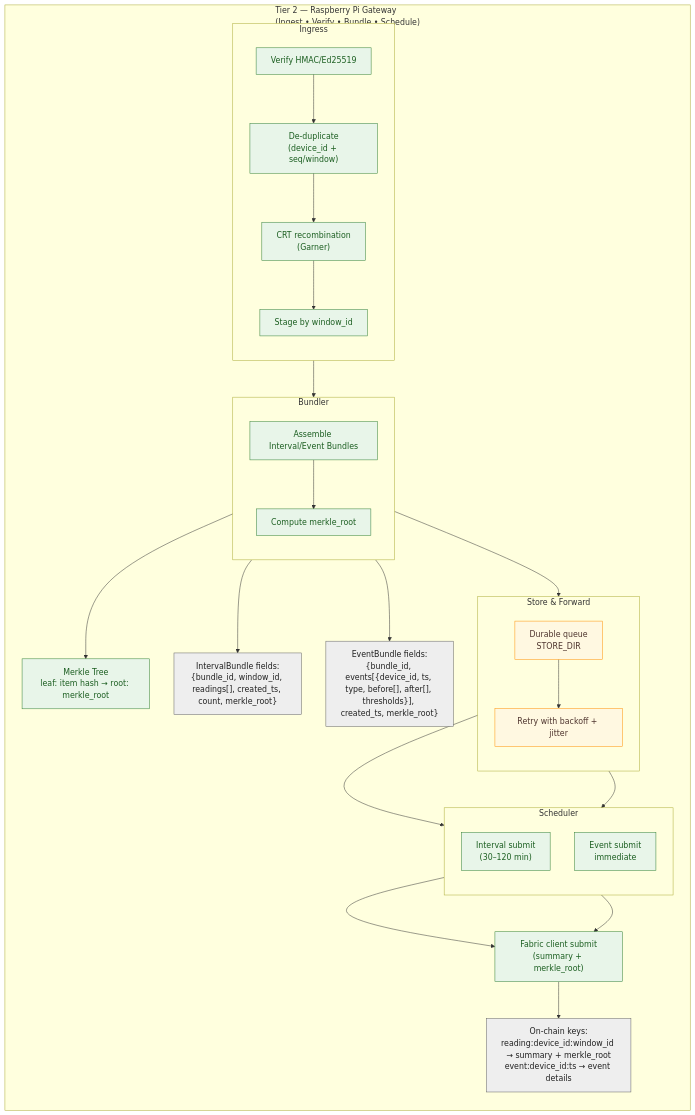
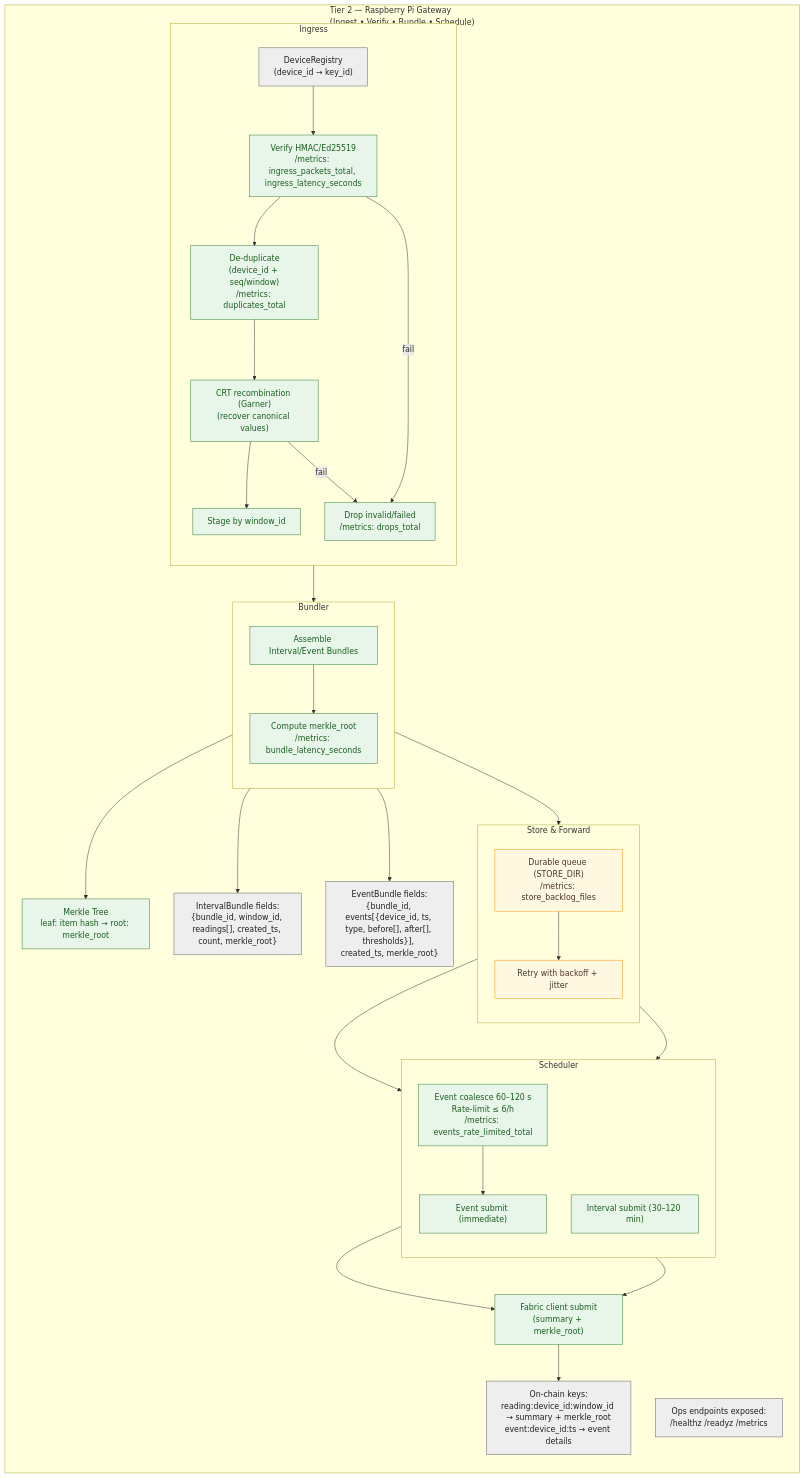
One commit to forchag/hyperledger changed the second of 2 diagrams in mermaid diagram/figure1_three_tier_system_architecture.md. Above: the diagram before and after it, drawn with Mermaid.

Commit message:
docs: refine tier2 gateway diagram

````diff
--- a/mermaid diagram/figure1_three_tier_system_architecture.md
+++ b/mermaid diagram/figure1_three_tier_system_architecture.md
@@ -207,67 +207,80 @@
 ```mermaid
 flowchart TB
   %% ========= TIER 2: PI GATEWAY =========
   subgraph T2["Tier 2 — Raspberry Pi Gateway\n(Ingest • Verify • Bundle • Schedule)"]
     direction TB
 
     %% Ingress pipeline
     subgraph IN["Ingress"]
       direction TB
-      VER["Verify HMAC/Ed25519"]:::proc
-      DEDUPE["De-duplicate\n(device_id + seq/window)"]:::proc
-      CRT["CRT recombination\n(Garner)"]:::proc
+      REG["DeviceRegistry\n(device_id → key_id)"]:::data
+      VER["Verify HMAC/Ed25519\n/metrics: ingress_packets_total, ingress_latency_seconds"]:::proc
+      DEDUPE["De-duplicate\n(device_id + seq/window)\n/metrics: duplicates_total"]:::proc
+      CRT["CRT recombination (Garner)\n(recover canonical values)"]:::proc
       STAGE["Stage by window_id"]:::proc
+      DROP["Drop invalid/failed\n/metrics: drops_total"]:::proc
+
+      REG --> VER
       VER --> DEDUPE --> CRT --> STAGE
+      VER -- fail --> DROP
+      CRT -- fail --> DROP
     end
 
     %% Bundle creation
     subgraph BD["Bundler"]
       direction TB
       BUILD["Assemble Interval/Event Bundles"]:::proc
-      HASH["Compute merkle_root"]:::proc
+      HASH["Compute merkle_root\n/metrics: bundle_latency_seconds"]:::proc
       BUILD --> HASH
     end
 
     %% Durable queue with retries
     subgraph SF["Store & Forward"]
       direction TB
-      QUEUE["Durable queue\nSTORE_DIR"]:::box
+      QUEUE["Durable queue (STORE_DIR)\n/metrics: store_backlog_files"]:::box
       RETRY["Retry with backoff + jitter"]:::box
       QUEUE --> RETRY
     end
 
     %% Submission scheduling
     subgraph SCH["Scheduler"]
       direction TB
-      INTERVAL["Interval submit\n(30–120 min)"]:::proc
-      EVENT["Event submit\nimmediate"]:::proc
+      COAL["Event coalesce 60–120 s\nRate-limit ≤ 6/h\n/metrics: events_rate_limited_total"]:::proc
+      INTERVAL["Interval submit (30–120 min)"]:::proc
+      EVENT["Event submit (immediate)"]:::proc
     end
 
     %% Flow between groups
     STAGE --> BUILD
     HASH --> QUEUE
+    RETRY --> COAL
+    COAL --> EVENT
     RETRY --> INTERVAL
-    RETRY --> EVENT
 
     %% Merkle hashing and Fabric submit
-    HASH --> MR["Merkle Tree\nleaf: item hash → root: merkle_root"]:::proc
-    INTERVAL --> TX["Fabric client submit\n(summary + merkle_root)"]:::proc
+    MR["Merkle Tree\nleaf: item hash → root: merkle_root"]:::proc
+    HASH --> MR
+
+    TX["Fabric client submit\n(summary + merkle_root)"]:::proc
+    INTERVAL --> TX
     EVENT --> TX
 
     %% Bundle schemas (make merkle_root explicit)
     IB["IntervalBundle fields:\n{bundle_id, window_id, readings[], created_ts, count, merkle_root}"]:::data
     EB["EventBundle fields:\n{bundle_id, events[{device_id, ts, type, before[], after[], thresholds}], created_ts, merkle_root}"]:::data
     HASH --> IB
     HASH --> EB
 
     %% On-chain mapping (what Tier 4 stores/indexes)
     ONCHAIN["On-chain keys:\nreading:device_id:window_id → summary + merkle_root\nevent:device_id:ts → event details"]:::data
     TX --> ONCHAIN
 
+    %% Ops endpoints
+    OPS["Ops endpoints exposed:\n/healthz  /readyz  /metrics"]:::data
   end
 
   %% Styles
   classDef box fill:#fff8e1,stroke:#ff8f00,color:#4e342e;
   classDef proc fill:#e8f5e9,stroke:#2e7d32,color:#1b5e20;
   classDef data fill:#eeeeee,stroke:#616161,color:#212121;
 ```
````
